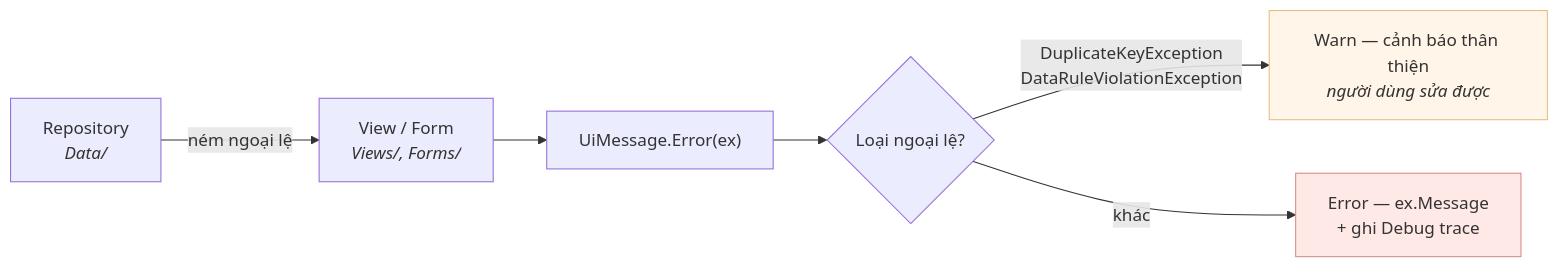
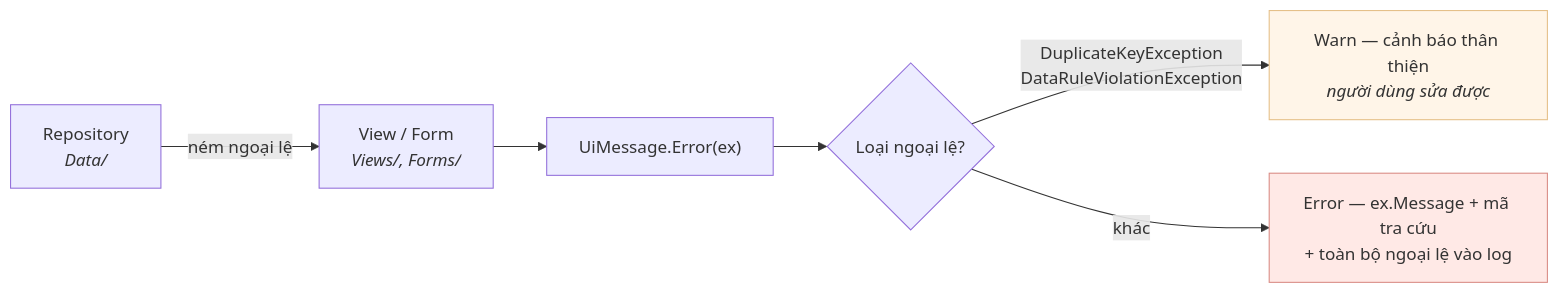
The fourth of 5 diagrams in docs/07-luong-ui-va-xu-ly-loi.md (vielang/dotnet-framework-admin), drawn with Mermaid before and after one commit. The commit also changed other lines of this file and 9 other files, not shown here.

````diff
--- a/docs/07-luong-ui-va-xu-ly-loi.md
+++ b/docs/07-luong-ui-va-xu-ly-loi.md
@@ -190,11 +190,11 @@
 ```mermaid
 flowchart LR
     A["Repository<br/><i>Data/</i>"] -->|"ném ngoại lệ"| B["View / Form<br/><i>Views/, Forms/</i>"]
     B --> C["UiMessage.Error(ex)"]
     C --> D{"Loại ngoại lệ?"}
     D -->|"DuplicateKeyException<br/>DataRuleViolationException"| E["Warn — cảnh báo thân thiện<br/><i>người dùng sửa được</i>"]
-    D -->|khác| F["Error — ex.Message<br/>+ ghi Debug trace"]
+    D -->|khác| F["Error — ex.Message + mã tra cứu<br/>+ toàn bộ ngoại lệ vào log"]
 
     style E fill:#fff5e8,stroke:#e5bf87
     style F fill:#ffe9e6,stroke:#d98b84
 ```
````
